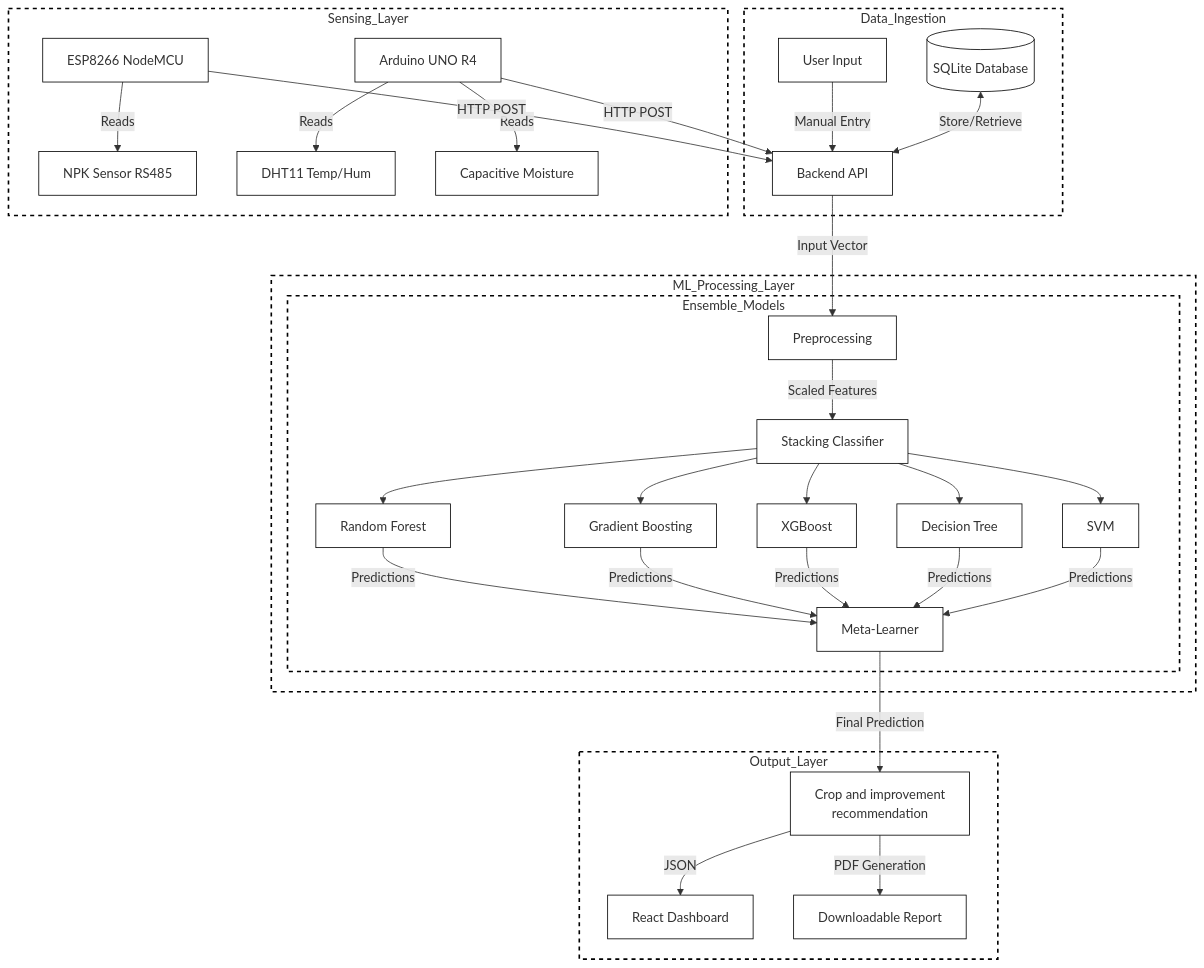
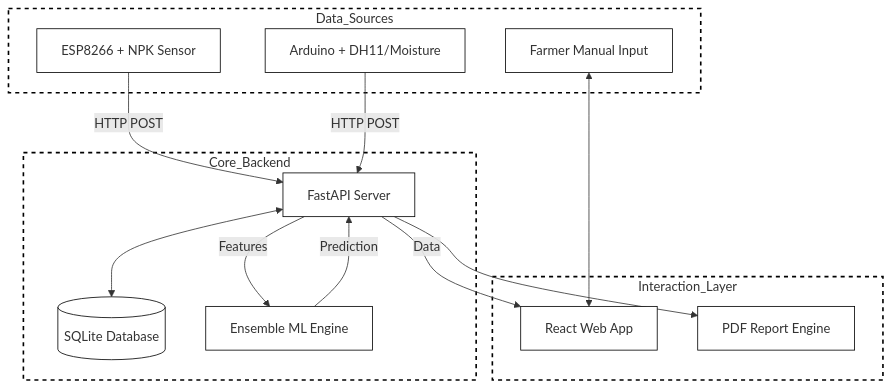
Before and after one commit to guruprasad908/soil-health-analysis-and-crop-recommendation-system-using-IOT: the first of 3 diagrams in README.md, drawn with Mermaid. The commit also changed other lines of this file and 1 other file, not shown here.

Commit message:
Docs: Complete README overhaul with professional branding and architecture diagrams

````diff
--- a/README.md
+++ b/README.md
@@ -12,74 +33,32 @@
 ```mermaid
 graph TD
-    %% Define Custom Styles (Black & White)
     classDef bwGraph fill:#ffffff,stroke:#000000,stroke-width:2px,stroke-dasharray: 5 5;
     classDef bwNode fill:#ffffff,stroke:#000000,stroke-width:1px;
     
-    %% --- Top Section: Data Ingestion & Sensing ---
-    subgraph Data_Ingestion
-        USER[User Input]:::bwNode
+    subgraph Data_Sources
+        ESP[ESP8266 + NPK Sensor]:::bwNode
+        UNO[Arduino + DH11/Moisture]:::bwNode
+        USER[Farmer Manual Input]:::bwNode
+    end
+    
+    subgraph Core_Backend
+        API[FastAPI Server]:::bwNode
         DB[(SQLite Database)]:::bwNode
-        API[Backend API]:::bwNode
+        ML[Ensemble ML Engine]:::bwNode
+    end
+    
+    subgraph Interaction_Layer
+        WEB[React Web App]:::bwNode
+        PDF[PDF Report Engine]:::bwNode
+    end
 
-        USER -->|Manual Entry| API
-        DB <-->|Store/Retrieve| API
-    end
-    class Data_Ingestion bwGraph
-
-    subgraph Sensing_Layer
-        ESP[ESP8266 NodeMCU]:::bwNode
-        UNO[Arduino UNO R4]:::bwNode
-        
-        NPK[NPK Sensor RS485]:::bwNode
-        DHT[DHT11 Temp/Hum]:::bwNode
-        MOIST[Capacitive Moisture]:::bwNode
-
-        ESP -->|Reads| NPK
-        UNO -->|Reads| DHT
-        UNO -->|Reads| MOIST
-    end
-    class Sensing_Layer bwGraph
-
-    %% Connections between Top Blocks
-    ESP -->|HTTP POST| API
-    UNO -->|HTTP POST| API
-
-    %% --- Middle Section: ML Processing ---
-    subgraph ML_Processing_Layer
-        PRE[Preprocessing]:::bwNode
-        API -->|Input Vector| PRE
-
-        subgraph Ensemble_Models
-            SC[Stacking Classifier]:::bwNode
-            
-            %% Base Models
-            RF[Random Forest]:::bwNode
-            GB[Gradient Boosting]:::bwNode
-            XGB[XGBoost]:::bwNode
-            DT[Decision Tree]:::bwNode
-            SVM[SVM]:::bwNode
-
-            PRE -->|Scaled Features| SC
-            SC --> RF & GB & XGB & DT & SVM
-            
-            %% Meta Learner Convergence
-            META[Meta-Learner]:::bwNode
-            RF & GB & XGB & DT & SVM -->|Predictions| META
-        end
-        class Ensemble_Models bwGraph
-    end
-    class ML_Processing_Layer bwGraph
-
-    %% --- Bottom Section: Output ---
-    subgraph Output_Layer
-        FINAL[Crop and improvement<br/>recommendation]:::bwNode
-        META -->|Final Prediction| FINAL
-        
-        DASH[React Dashboard]:::bwNode
-        REP[Downloadable Report]:::bwNode
-
-        FINAL -->|JSON| DASH
-        FINAL -->|PDF Generation| REP
-    end
-    class Output_Layer bwGraph
+    ESP & UNO -->|HTTP POST| API
+    USER <--> WEB
+    API <--> DB
+    API -->|Features| ML
+    ML -->|Prediction| API
+    API -->|Data| WEB
+    API --> PDF
+    
+    class Data_Sources,Core_Backend,Interaction_Layer bwGraph
 ```
````
